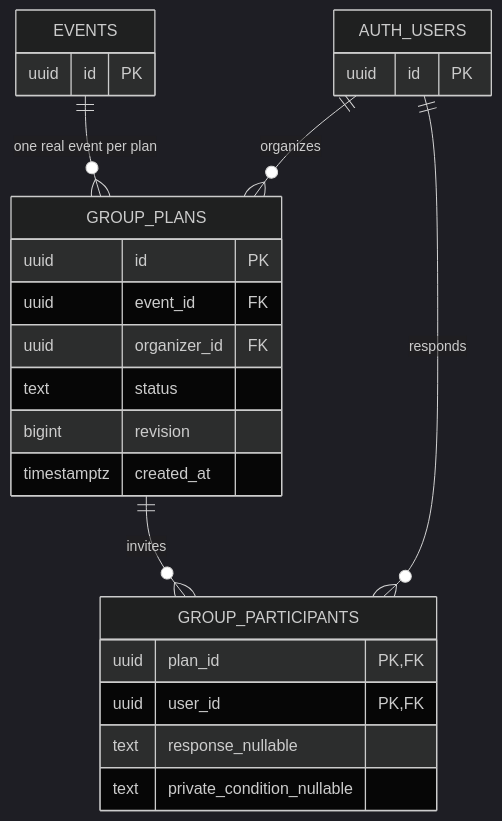
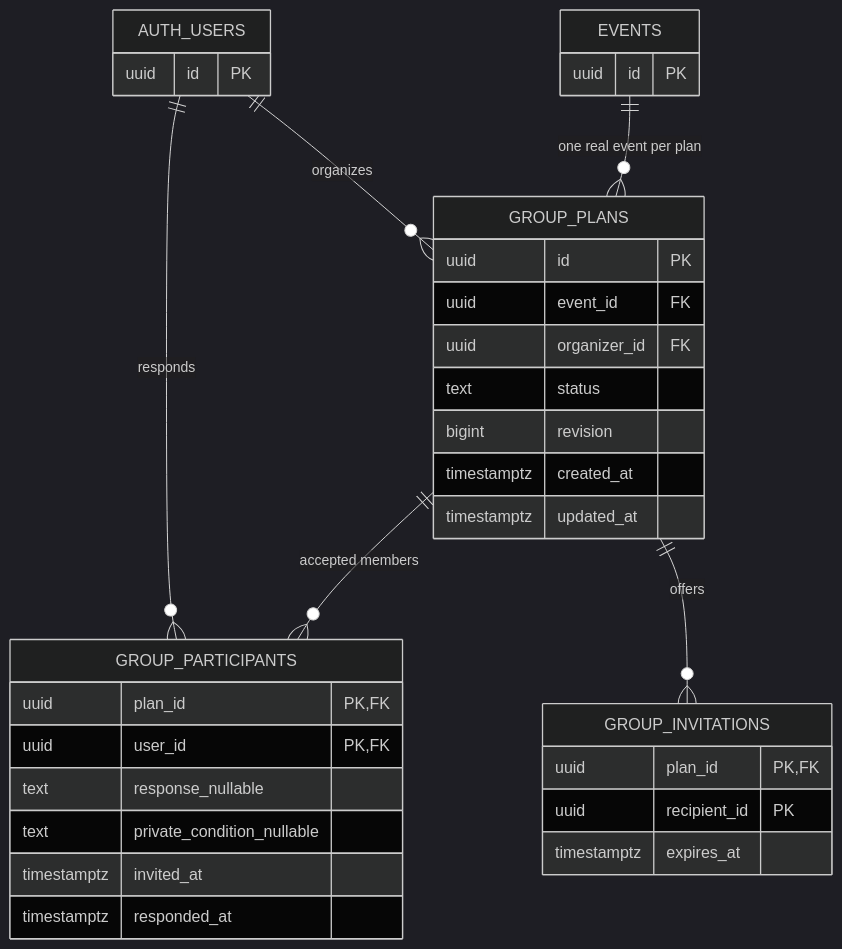
Before and after one commit to haiiroWednesday/SideQuest-CSCI187: the third of 3 diagrams in docs/diagrams/FINAL_PROJECT_ER_PREVIEW.md, drawn with Mermaid (dark theme). The commit also changed other lines of this file, not shown here.

Commit message:
docs(architecture): reconcile group consent proposal and current merged boundaries

````diff
--- a/docs/diagrams/FINAL_PROJECT_ER_PREVIEW.md
+++ b/docs/diagrams/FINAL_PROJECT_ER_PREVIEW.md
@@ -34,28 +34,37 @@
 ```mermaid
 erDiagram
     EVENTS ||--o{ GROUP_PLANS : "one real event per plan"
     AUTH_USERS ||--o{ GROUP_PLANS : organizes
-    GROUP_PLANS ||--o{ GROUP_PARTICIPANTS : invites
+    GROUP_PLANS ||--o{ GROUP_PARTICIPANTS : "accepted members"
+    GROUP_PLANS ||--o{ GROUP_INVITATIONS : offers
     AUTH_USERS ||--o{ GROUP_PARTICIPANTS : responds
 
     EVENTS {
         uuid id PK
     }
     AUTH_USERS {
         uuid id PK
     }
     GROUP_PLANS {
         uuid id PK
         uuid event_id FK
         uuid organizer_id FK
         text status
         bigint revision
         timestamptz created_at
+        timestamptz updated_at
+    }
+    GROUP_INVITATIONS {
+        uuid plan_id PK,FK
+        uuid recipient_id PK
+        timestamptz expires_at
     }
     GROUP_PARTICIPANTS {
         uuid plan_id PK,FK
         uuid user_id PK,FK
         text response_nullable
         text private_condition_nullable
+        timestamptz invited_at
+        timestamptz responded_at
     }
 ```
````
